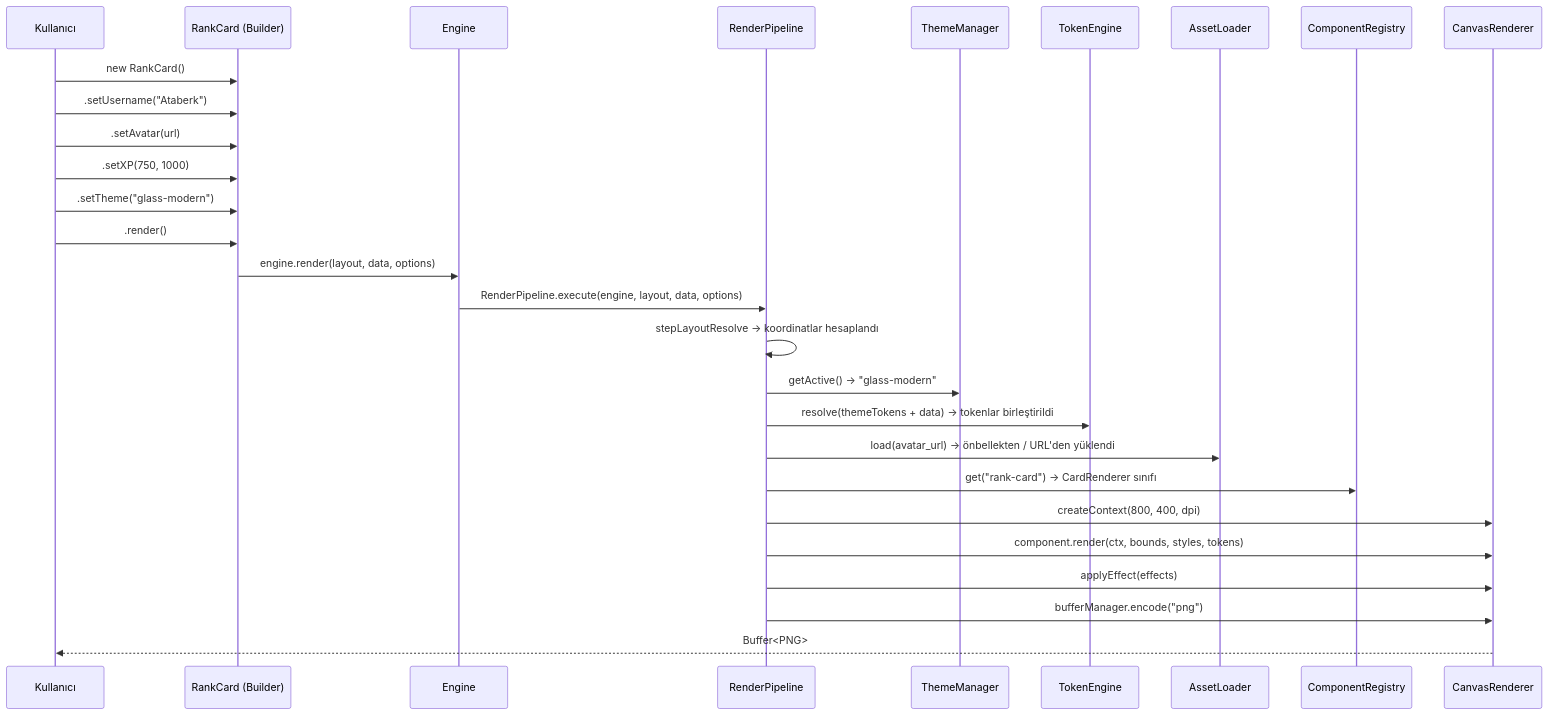
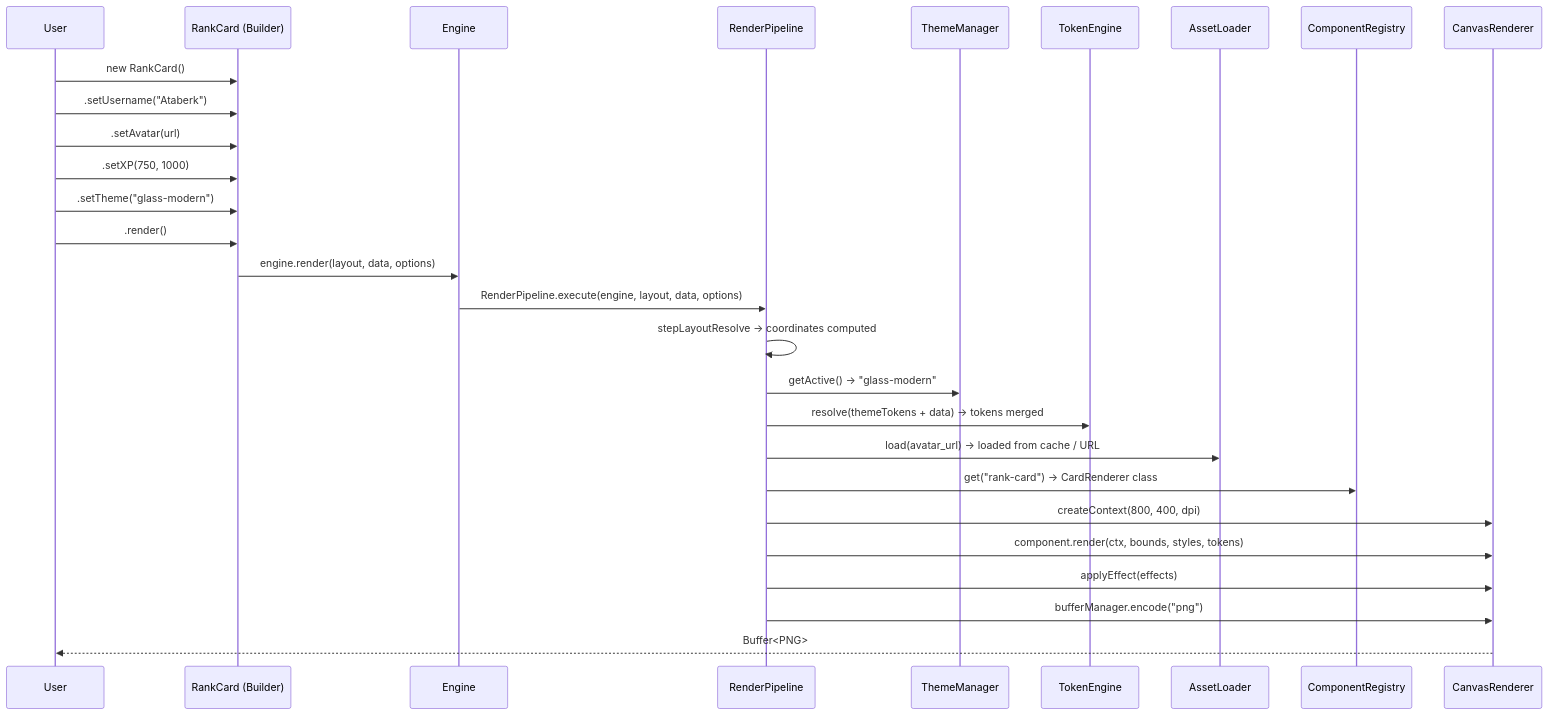
One commit to ManyMQ/modular changed the fifth of 9 diagrams in docs/core-concepts/system-architecture.md. Above: the diagram before and after it, drawn with Mermaid. The commit also changed other lines of this file, not shown here.

First line of the commit message:
Docs: Add system architecture overview with diagrams

````diff
--- a/docs/core-concepts/system-architecture.md
+++ b/docs/core-concepts/system-architecture.md
@@ -177,34 +177,34 @@
 ```mermaid
 sequenceDiagram
-    participant U as Kullanıcı
+    participant U as User
     participant B as RankCard (Builder)
     participant E as Engine
     participant RP as RenderPipeline
     participant TM as ThemeManager
     participant TE as TokenEngine
     participant AL as AssetLoader
     participant CR as ComponentRegistry
     participant CV as CanvasRenderer
 
     U->>B: new RankCard()
     U->>B: .setUsername("Ataberk")
     U->>B: .setAvatar(url)
     U->>B: .setXP(750, 1000)
     U->>B: .setTheme("glass-modern")
     U->>B: .render()
 
     B->>E: engine.render(layout, data, options)
     E->>RP: RenderPipeline.execute(engine, layout, data, options)
 
-    RP->>RP: stepLayoutResolve → koordinatlar hesaplandı
+    RP->>RP: stepLayoutResolve → coordinates computed
     RP->>TM: getActive() → "glass-modern"
-    RP->>TE: resolve(themeTokens + data) → tokenlar birleştirildi
-    RP->>AL: load(avatar_url) → önbellekten / URL'den yüklendi
-    RP->>CR: get("rank-card") → CardRenderer sınıfı
+    RP->>TE: resolve(themeTokens + data) → tokens merged
+    RP->>AL: load(avatar_url) → loaded from cache / URL
+    RP->>CR: get("rank-card") → CardRenderer class
     RP->>CV: createContext(800, 400, dpi)
     RP->>CV: component.render(ctx, bounds, styles, tokens)
     RP->>CV: applyEffect(effects)
     RP->>CV: bufferManager.encode("png")
 
     CV-->>U: Buffer<PNG>
 ```
````
